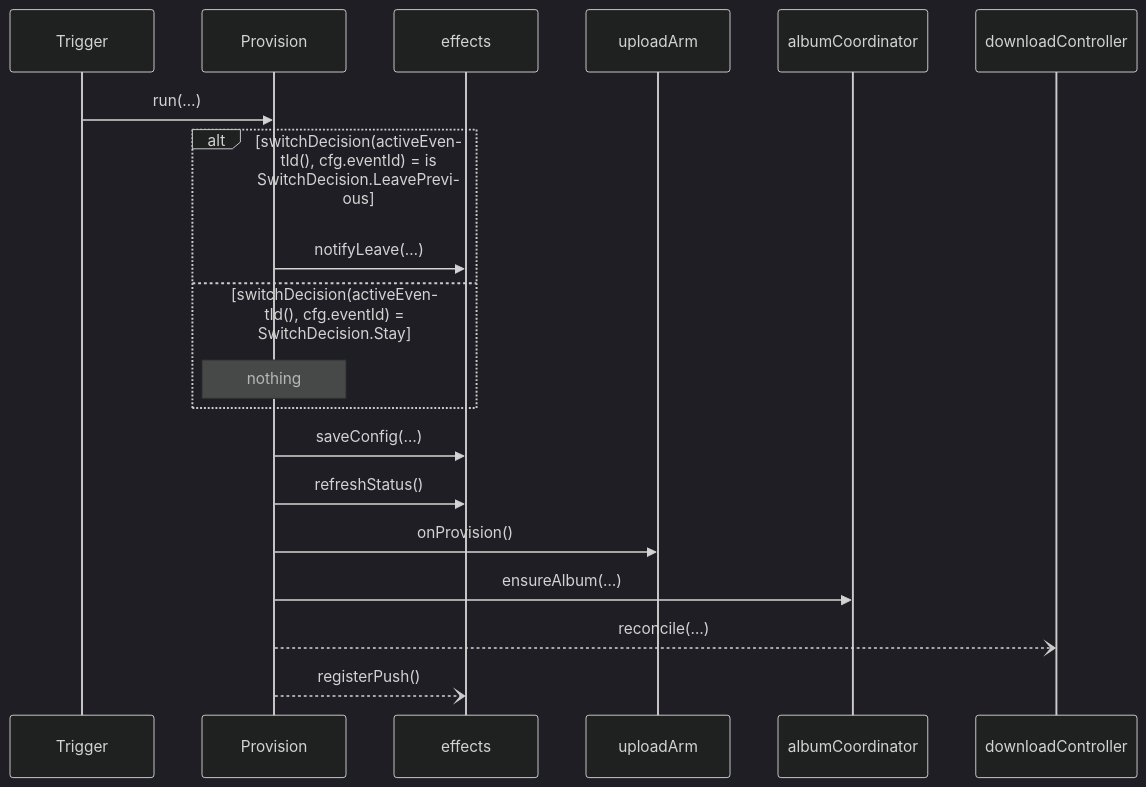
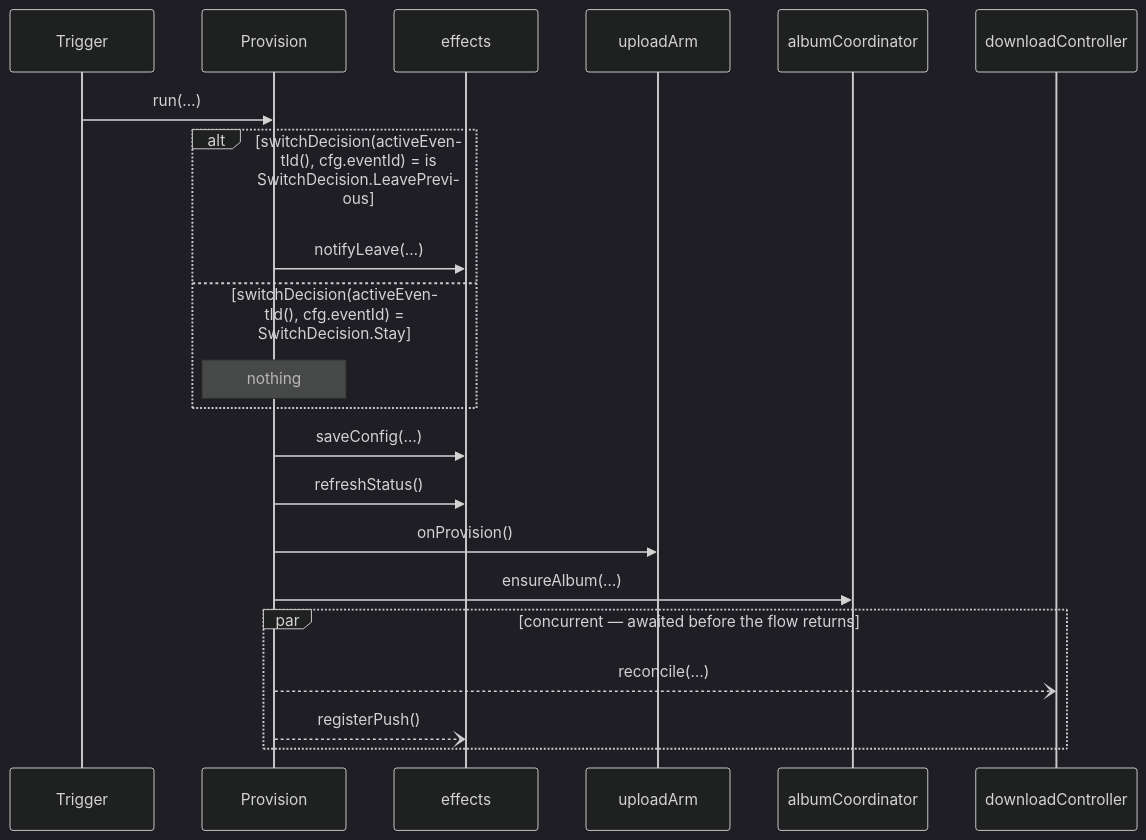
One commit to stefanhoelzl/SnapSync changed the diagram in architecture/flows/Provision.md. Above: the diagram before and after it, drawn with Mermaid (dark theme). The commit also changed other lines of this file and 30 other files, not shown here.

````diff
--- a/architecture/flows/Provision.md
+++ b/architecture/flows/Provision.md
@@ -14,21 +14,23 @@
 ```mermaid
 sequenceDiagram
   participant Trigger
   participant Provision
   participant effects
   participant uploadArm
   participant albumCoordinator
   participant downloadController
   Trigger->>Provision: run(…)
   alt switchDecision(activeEventId(), cfg.eventId) = is SwitchDecision.LeavePrevious
     Provision->>effects: notifyLeave(…)
   else switchDecision(activeEventId(), cfg.eventId) = SwitchDecision.Stay
     Note over Provision: nothing
   end
   Provision->>effects: saveConfig(…)
   Provision->>effects: refreshStatus()
   Provision->>uploadArm: onProvision()
   Provision->>albumCoordinator: ensureAlbum(…)
-  Provision--)downloadController: reconcile(…)
-  Provision--)effects: registerPush()
+  par concurrent — awaited before the flow returns
+    Provision--)downloadController: reconcile(…)
+    Provision--)effects: registerPush()
+  end
 ```
````
